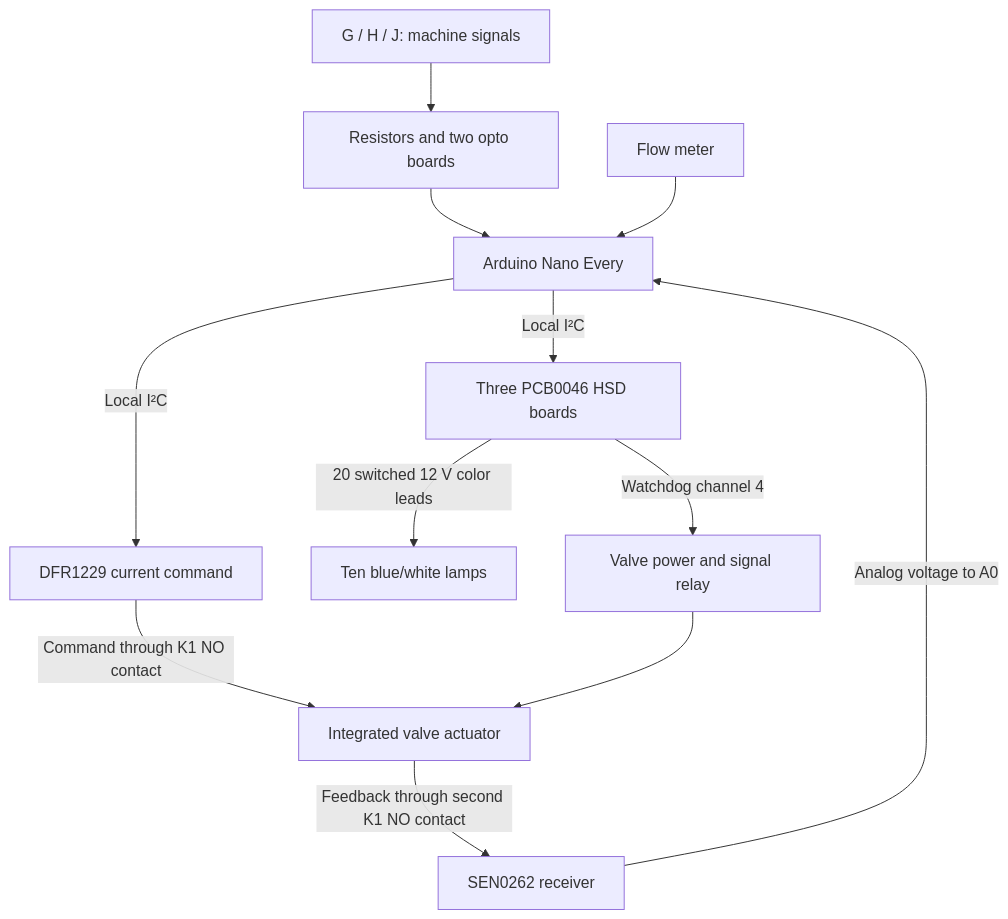
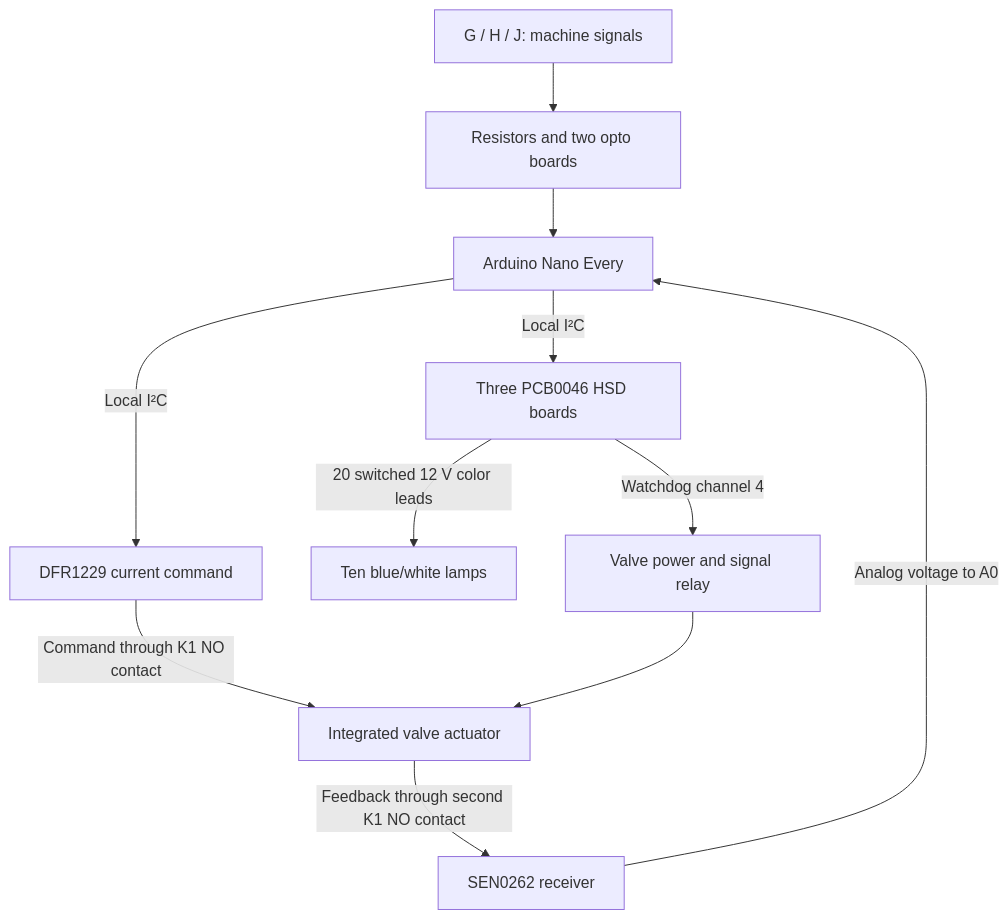
One commit to aeae1/Rock-Saw-Water-Control changed the first of 2 diagrams in docs/connections.md. Above: the diagram before and after it, drawn with Mermaid. The commit also changed other lines of this file and 37 other files, not shown here.

Commit message:
Remove permanent flow meter in Revision E and document power-off input behavior

````diff
--- a/docs/connections.md
+++ b/docs/connections.md
@@ -9,14 +9,13 @@
 ```mermaid
 flowchart TD
     I["G / H / J: machine signals"] --> Q["Resistors and two opto boards"]
     Q --> C["Arduino Nano Every"]
     C -->|"Local I²C"| D["DFR1229 current command"]
     D -->|"Command through K1 NO contact"| V["Integrated valve actuator"]
     V -->|"Feedback through second K1 NO contact"| R["SEN0262 receiver"]
     R -->|"Analog voltage to A0"| C
     C -->|"Local I²C"| H["Three PCB0046 HSD boards"]
     H -->|"20 switched 12 V color leads"| L["Ten blue/white lamps"]
     H -->|"Watchdog channel 4"| P["Valve power and signal relay"]
     P --> V
-    F["Flow meter"] --> C
 ```
````
